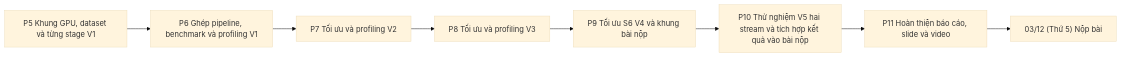
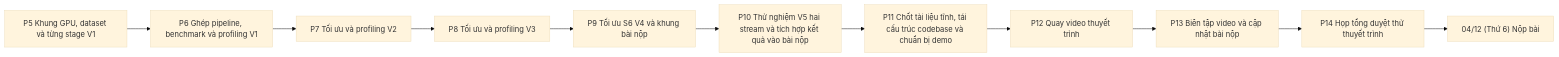
The first of 2 diagrams in docs/final-plan.md (nh-atuan/panorama-stitching), drawn with Mermaid (base theme) before and after one commit. The commit also changed other lines of this file and 1 other file, not shown here.

Commit message:
docs(p11): initialize phase 11 tasks and final submission roadmap

````diff
--- a/docs/final-plan.md
+++ b/docs/final-plan.md
@@ -55,10 +55,13 @@
 ```mermaid
 flowchart LR
     P5["P5 Khung GPU, dataset và từng stage V1"] --> P6["P6 Ghép pipeline, benchmark và profiling V1"]
     P6 --> P7["P7 Tối ưu và profiling V2"]
     P7 --> P8["P8 Tối ưu và profiling V3"]
     P8 --> P9["P9 Tối ưu S6 V4 và khung bài nộp"]
     P9 --> P10["P10 Thử nghiệm V5 hai stream và tích hợp kết quả vào bài nộp"]
-    P10 --> P11["P11 Hoàn thiện báo cáo, slide và video"]
-    P11 --> END["03/12 (Thứ 5) Nộp bài"]
+    P10 --> P11["P11 Chốt tài liệu tĩnh, tái cấu trúc codebase và chuẩn bị demo"]
+    P11 --> P12["P12 Quay video thuyết trình"]
+    P12 --> P13["P13 Biên tập video và cập nhật bài nộp"]
+    P13 --> P14["P14 Họp tổng duyệt thử thuyết trình"]
+    P14 --> END["04/12 (Thứ 6) Nộp bài"]
 ```
````
